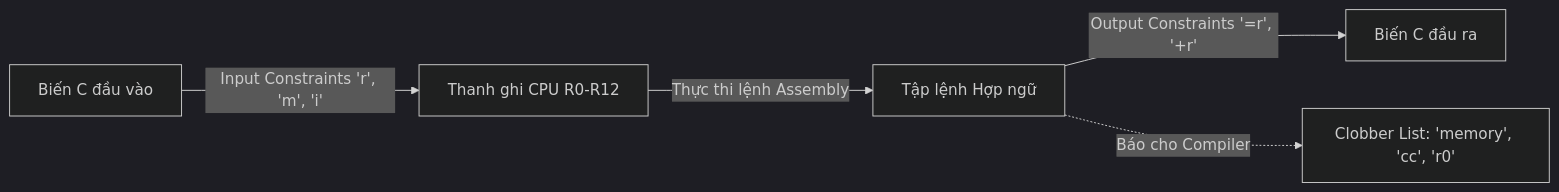
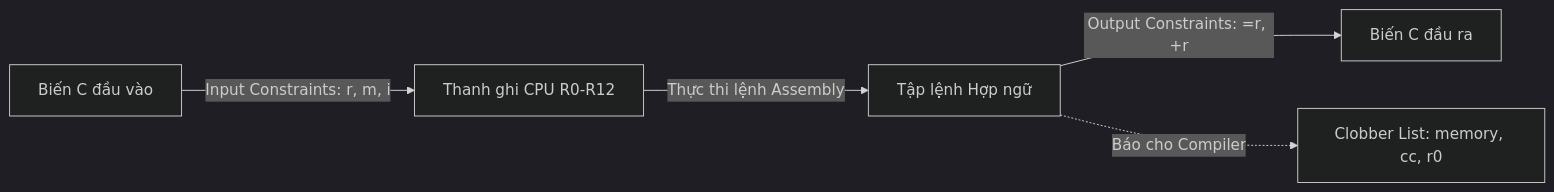
Before and after one commit to thinh1210/Obsidian: the first of 2 diagrams in C_Cpp_Mastery_Handbook/05_Inline_Assembly_and_Barriers.md, drawn with Mermaid (dark theme). The commit also changed other lines of this file and 45 other files, not shown here.

````diff
--- a/C_Cpp_Mastery_Handbook/05_Inline_Assembly_and_Barriers.md
+++ b/C_Cpp_Mastery_Handbook/05_Inline_Assembly_and_Barriers.md
@@ -25,7 +25,7 @@
 ```mermaid
 flowchart LR
-    C_Input[Biến C đầu vào] -->|Input Constraints 'r', 'm', 'i'| CPU_Regs[Thanh ghi CPU R0-R12]
-    CPU_Regs -->|Thực thi lệnh Assembly| ASM_Exec[Tập lệnh Hợp ngữ]
-    ASM_Exec -->|Output Constraints '=r', '+r'| C_Output[Biến C đầu ra]
-    ASM_Exec -. Báo cho Compiler .-> Clobber[Clobber List: 'memory', 'cc', 'r0']
+    C_Input["Biến C đầu vào"] -- "Input Constraints: r, m, i" --> CPU_Regs["Thanh ghi CPU R0-R12"]
+    CPU_Regs -- "Thực thi lệnh Assembly" --> ASM_Exec["Tập lệnh Hợp ngữ"]
+    ASM_Exec -- "Output Constraints: =r, +r" --> C_Output["Biến C đầu ra"]
+    ASM_Exec -. "Báo cho Compiler" .-> Clobber["Clobber List: memory, cc, r0"]
 ```
````
